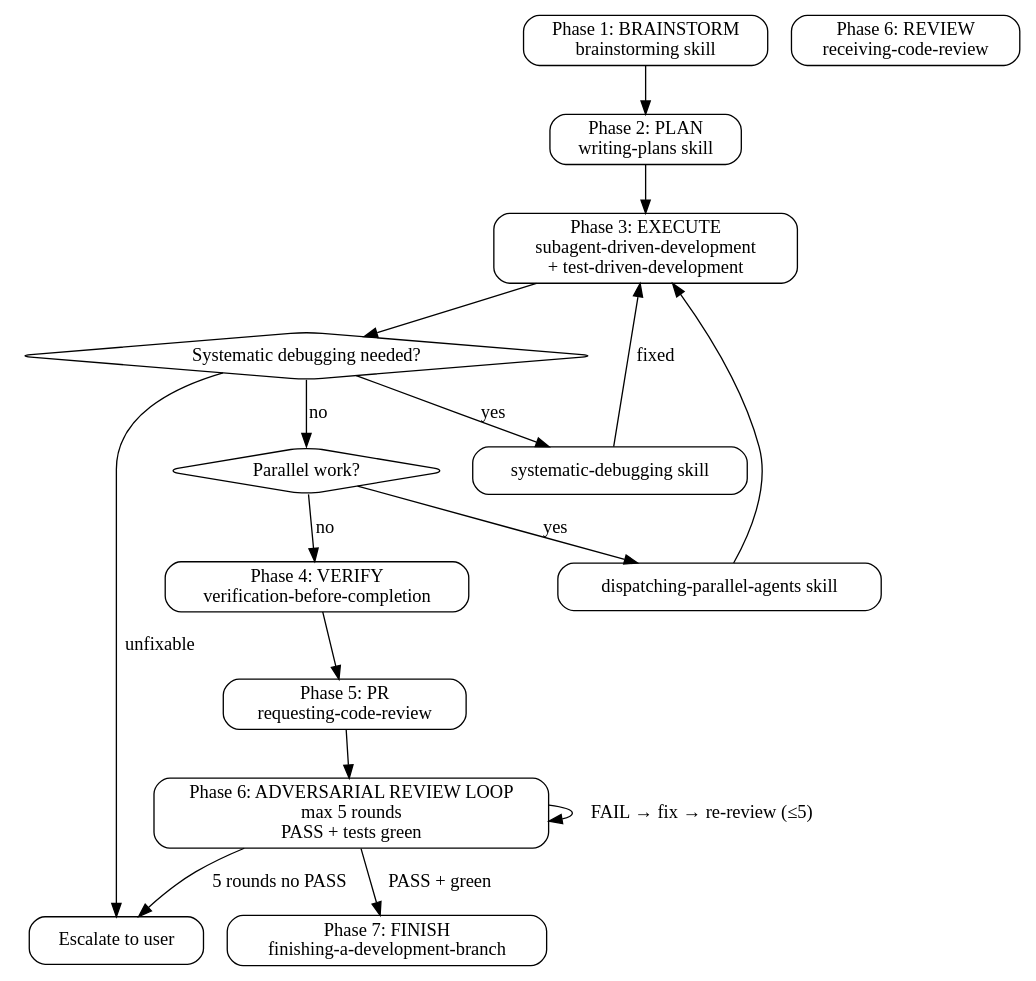
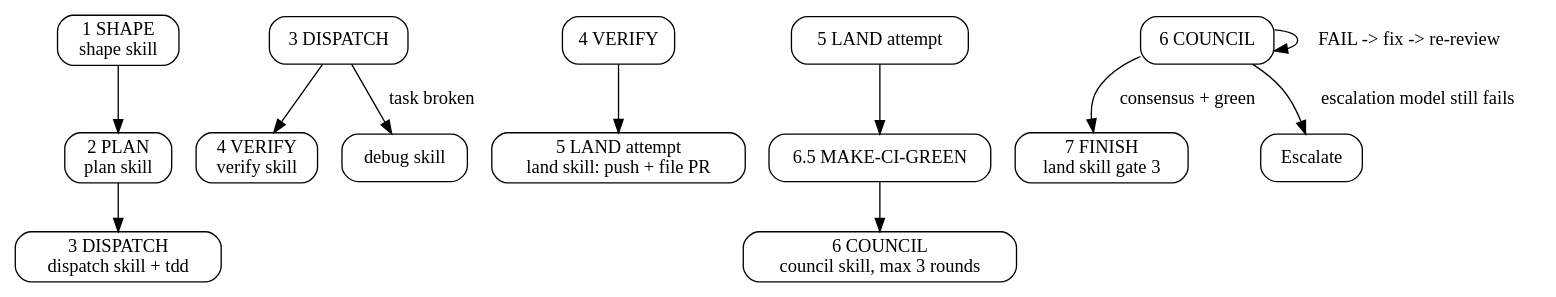
The diagram in opencode/skills/oneshot/SKILL.md (DennisLoska/more-dots), drawn with Graphviz before and after one commit. The commit also changed other lines of this file and 105 other files, not shown here.

````diff
--- a/opencode/skills/oneshot/SKILL.md
+++ b/opencode/skills/oneshot/SKILL.md
@@ -24,36 +24,17 @@
 ```dot
 digraph oneshot {
     rankdir=TB;
     node [shape=box, style=rounded];
 
-    "Phase 1: BRAINSTORM\nbrainstorming skill" [fillcolor=lightblue];
-    "Phase 2: PLAN\nwriting-plans skill" [fillcolor=lightblue];
-    "Phase 3: EXECUTE\nsubagent-driven-development\n+ test-driven-development" [fillcolor=lightgreen];
-    "Phase 4: VERIFY\nverification-before-completion" [fillcolor=lightyellow];
-    "Phase 5: PR\nrequesting-code-review" [fillcolor=lightsalmon];
-    "Phase 6: REVIEW\nreceiving-code-review" [fillcolor=lightsalmon];
-    "Phase 7: FINISH\nfinishing-a-development-branch" [fillcolor=lightblue];
-
-    "Systematic debugging needed?" [shape=diamond];
-    "systematic-debugging skill" [fillcolor=orange];
-    "Parallel work?" [shape=diamond];
-    "dispatching-parallel-agents skill" [fillcolor=orange];
-    "Escalate to user" [shape=box, fillcolor=red];
-
-    "Phase 1: BRAINSTORM\nbrainstorming skill" -> "Phase 2: PLAN\nwriting-plans skill";
-    "Phase 2: PLAN\nwriting-plans skill" -> "Phase 3: EXECUTE\nsubagent-driven-development\n+ test-driven-development";
-    "Phase 3: EXECUTE\nsubagent-driven-development\n+ test-driven-development" -> "Systematic debugging needed?";
-    "Systematic debugging needed?" -> "systematic-debugging skill" [label="yes"];
-    "systematic-debugging skill" -> "Phase 3: EXECUTE\nsubagent-driven-development\n+ test-driven-development" [label="fixed"];
-    "Systematic debugging needed?" -> "Parallel work?" [label="no"];
-    "Parallel work?" -> "dispatching-parallel-agents skill" [label="yes"];
-    "dispatching-parallel-agents skill" -> "Phase 3: EXECUTE\nsubagent-driven-development\n+ test-driven-development";
-    "Parallel work?" -> "Phase 4: VERIFY\nverification-before-completion" [label="no"];
-    "Phase 4: VERIFY\nverification-before-completion" -> "Phase 5: PR\nrequesting-code-review";
-    "Phase 5: PR\nrequesting-code-review" -> "Phase 6: ADVERSARIAL REVIEW LOOP\nmax 5 rounds\nPASS + tests green";
-    "Phase 6: ADVERSARIAL REVIEW LOOP\nmax 5 rounds\nPASS + tests green" -> "Phase 7: FINISH\nfinishing-a-development-branch" [label="PASS + green"];
-    "Phase 6: ADVERSARIAL REVIEW LOOP\nmax 5 rounds\nPASS + tests green" -> "Phase 6: ADVERSARIAL REVIEW LOOP\nmax 5 rounds\nPASS + tests green" [label="FAIL → fix → re-review (≤5)"];
-    "Phase 6: ADVERSARIAL REVIEW LOOP\nmax 5 rounds\nPASS + tests green" -> "Escalate to user" [label="5 rounds no PASS"];
-    "Systematic debugging needed?" -> "Escalate to user" [label="unfixable"];
+    "1 SHAPE\nshape skill" -> "2 PLAN\nplan skill";
+    "2 PLAN\nplan skill" -> "3 DISPATCH\ndispatch skill + tdd";
+    "3 DISPATCH" -> "4 VERIFY\nverify skill";
+    "4 VERIFY" -> "5 LAND attempt\nland skill: push + file PR";
+    "5 LAND attempt" -> "6.5 MAKE-CI-GREEN";
+    "6.5 MAKE-CI-GREEN" -> "6 COUNCIL\ncouncil skill, max 3 rounds";
+    "6 COUNCIL" -> "7 FINISH\nland skill gate 3" [label="consensus + green"];
+    "6 COUNCIL" -> "6 COUNCIL" [label="FAIL -> fix -> re-review"];
+    "6 COUNCIL" -> "Escalate" [label="escalation model still fails"];
+    "3 DISPATCH" -> "debug skill" [label="task broken"];
 }
 ```
````
